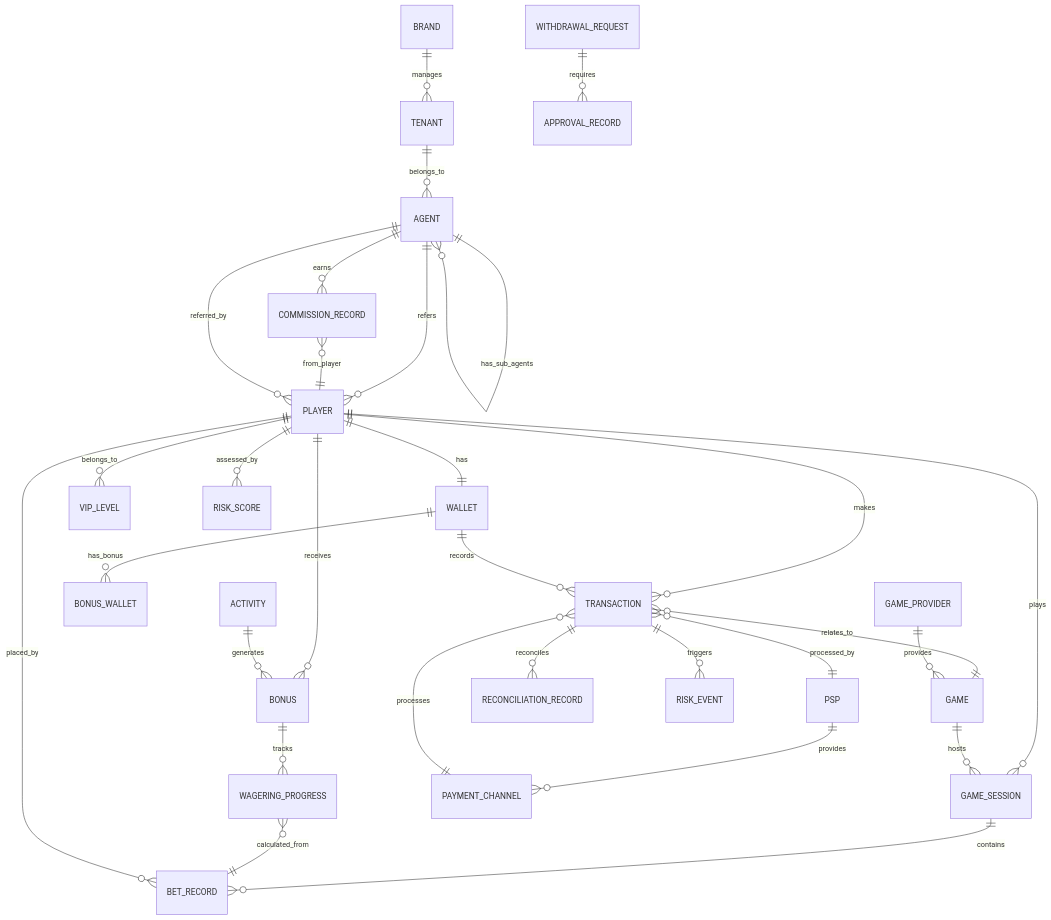
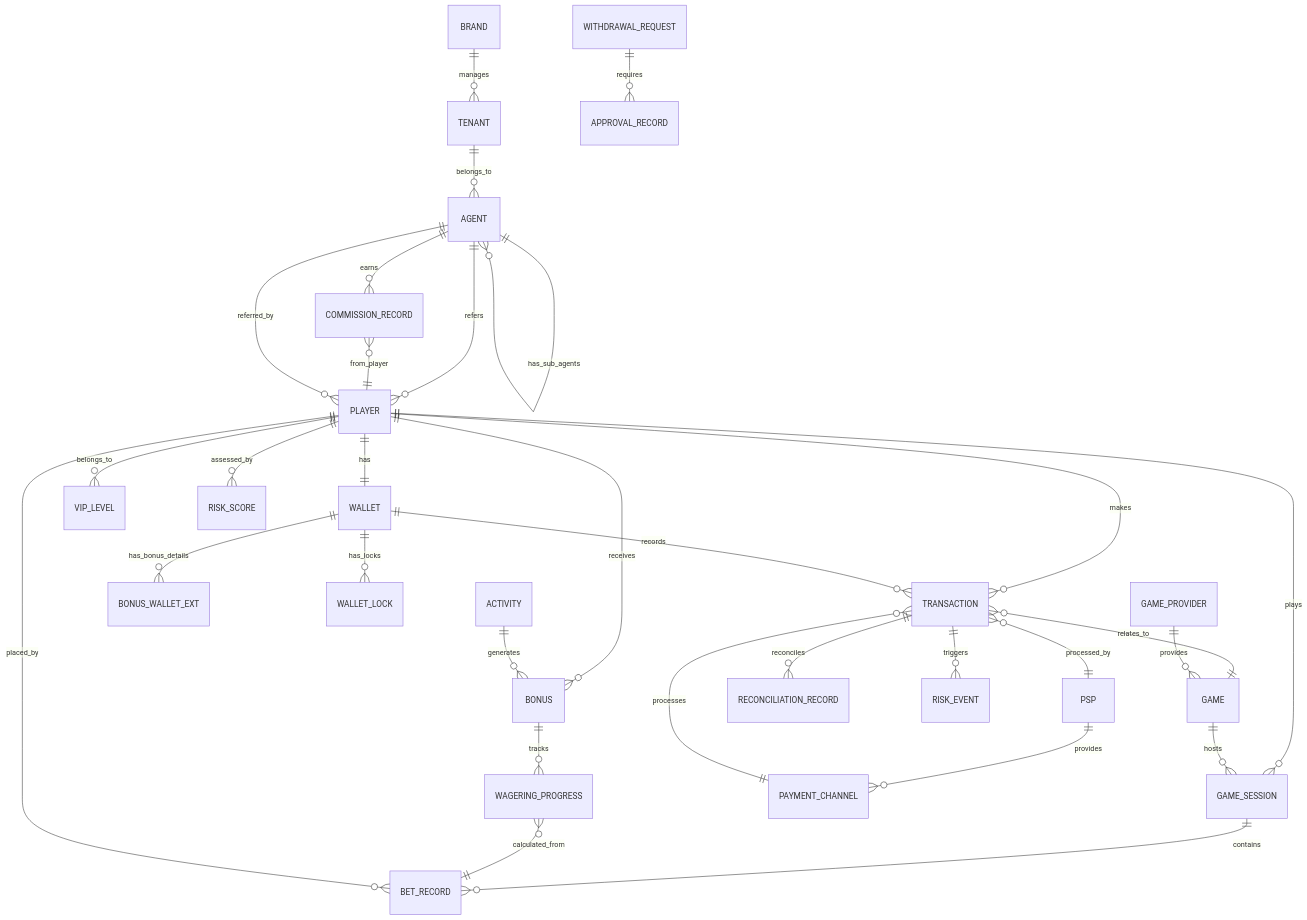
The first of 4 diagrams in docs/iGaming/architecture/00_Overview/04_Data_Model.md (ron03wlb/smart-admin), drawn with Mermaid before and after one commit. The commit also changed other lines of this file and 14 other files, not shown here.

````diff
--- a/docs/iGaming/architecture/00_Overview/04_Data_Model.md
+++ b/docs/iGaming/architecture/00_Overview/04_Data_Model.md
@@ -14,47 +14,48 @@
 ```mermaid
 erDiagram
     %% Multi-Tenant Hierarchy
     BRAND ||--o{ TENANT : manages
     TENANT ||--o{ AGENT : belongs_to
     AGENT ||--o{ PLAYER : refers
     AGENT ||--o{ AGENT : has_sub_agents
 
     %% Player Core
     PLAYER ||--|| WALLET : has
     PLAYER ||--o{ TRANSACTION : makes
     PLAYER ||--o{ GAME_SESSION : plays
     PLAYER ||--o{ BONUS : receives
     PLAYER ||--o{ VIP_LEVEL : belongs_to
     PLAYER }o--|| AGENT : referred_by
 
     %% Wallet & Transactions
     WALLET ||--o{ TRANSACTION : records
-    WALLET ||--o{ BONUS_WALLET : has_bonus
+    WALLET ||--o{ BONUS_WALLET_EXT : has_bonus_details
+    WALLET ||--o{ WALLET_LOCK : has_locks
     TRANSACTION }o--|| GAME : relates_to
     TRANSACTION }o--|| PSP : processed_by
 
     %% Game Domain
     GAME_PROVIDER ||--o{ GAME : provides
     GAME ||--o{ GAME_SESSION : hosts
     GAME_SESSION ||--o{ BET_RECORD : contains
     BET_RECORD }o--|| PLAYER : placed_by
 
     %% Activity & Bonus
     ACTIVITY ||--o{ BONUS : generates
     BONUS ||--o{ WAGERING_PROGRESS : tracks
     WAGERING_PROGRESS }o--|| BET_RECORD : calculated_from
 
     %% Payment System
     PSP ||--o{ PAYMENT_CHANNEL : provides
     PAYMENT_CHANNEL ||--o{ TRANSACTION : processes
     TRANSACTION ||--o{ RECONCILIATION_RECORD : reconciles
 
     %% Risk Control System
     PLAYER ||--o{ RISK_SCORE : assessed_by
     TRANSACTION ||--o{ RISK_EVENT : triggers
     WITHDRAWAL_REQUEST ||--o{ APPROVAL_RECORD : requires
 
     %% Agent System
     AGENT ||--o{ COMMISSION_RECORD : earns
     COMMISSION_RECORD }o--|| PLAYER : from_player
 ```
````
